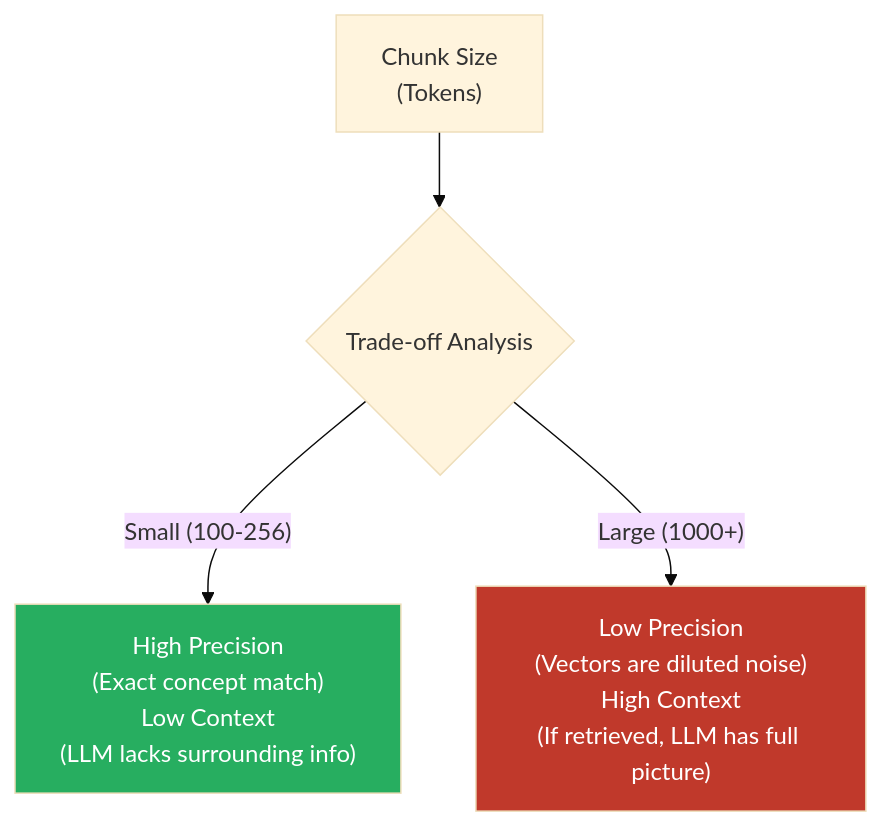
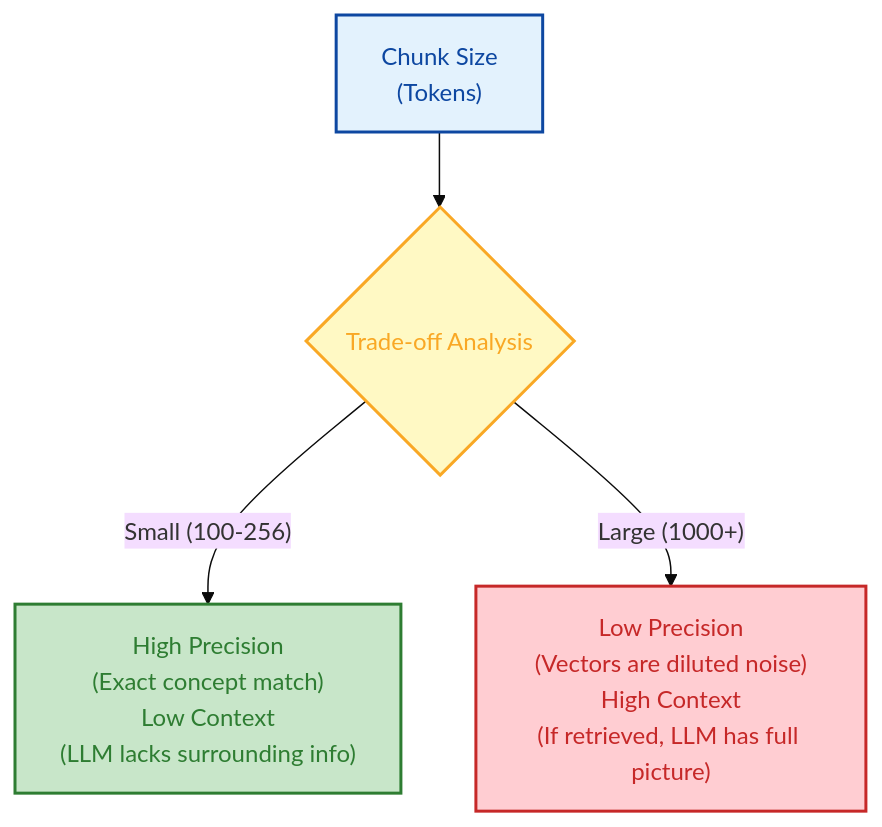
One commit to GyanendraChaubey/AI-Engineering-Notes changed the first of 4 diagrams in docs/03-chunking/README.md. Above: the diagram before and after it, drawn with Mermaid (base theme). The commit also changed other lines of this file and 15 other files, not shown here.

Commit message:
style: apply light color palette to remaining Mermaid diagrams (docs 15 & 16)

````diff
--- a/docs/03-chunking/README.md
+++ b/docs/03-chunking/README.md
@@ -18,9 +18,11 @@
 ```mermaid
 graph TD
     A["Chunk Size\n(Tokens)"] --> B{"Trade-off Analysis"}
     B -->|"Small (100-256)"| C["High Precision\n(Exact concept match)\nLow Context\n(LLM lacks surrounding info)"]
     B -->|"Large (1000+)"| D["Low Precision\n(Vectors are diluted noise)\nHigh Context\n(If retrieved, LLM has full picture)"]
     
-    style C fill:#27ae60,color:#fff
-    style D fill:#c0392b,color:#fff
+    style A fill:#e3f2fd,stroke:#0d47a1,stroke-width:2px,color:#0d47a1
+    style B fill:#fff9c4,stroke:#f9a825,stroke-width:2px,color:#f9a825
+    style C fill:#c8e6c9,stroke:#2e7d32,stroke-width:2px,color:#2e7d32
+    style D fill:#ffcdd2,stroke:#c62828,stroke-width:2px,color:#c62828
 ```
````
